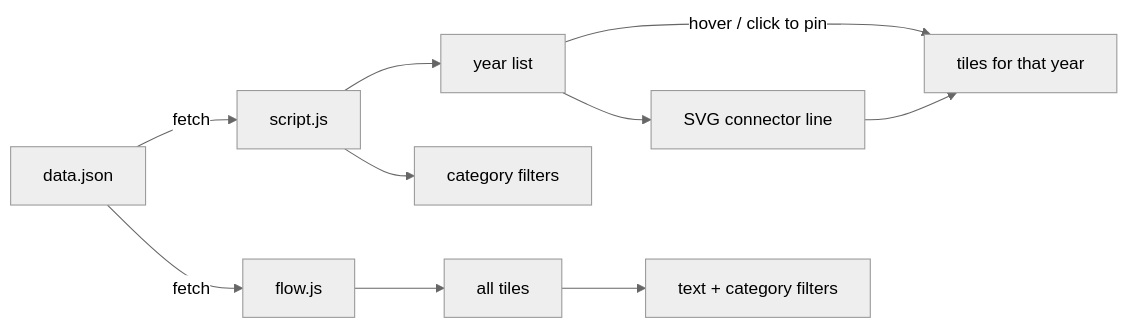
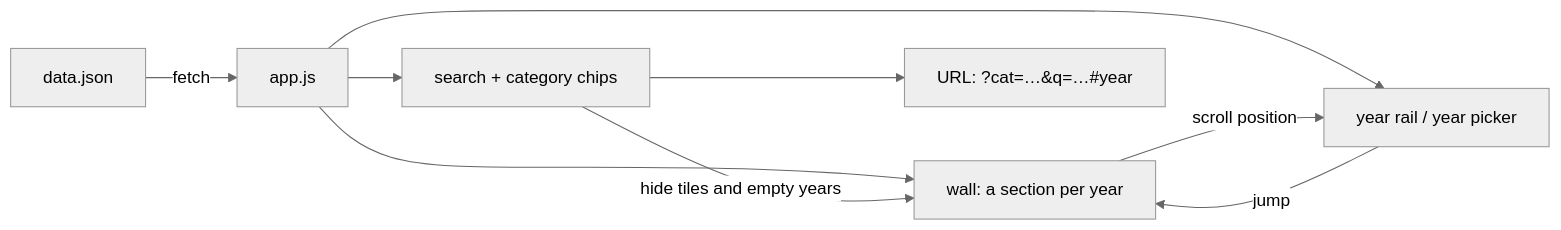
Before and after one commit to csciuto/timeline-demo: the diagram in ARCHITECTURE.md, drawn with Mermaid (neutral theme). The commit also changed other lines of this file and 13 other files, not shown here.

First line of the commit message:
One page: the wall of tiles by year, with a year rail; the timeline view is retired

````diff
--- a/ARCHITECTURE.md
+++ b/ARCHITECTURE.md
@@ -35,9 +34,9 @@
 ```mermaid
 flowchart LR
-  D[data.json] -->|fetch| T[script.js]
-  D -->|fetch| F[flow.js]
-  T --> Y[year list] -->|hover / click to pin| TI[tiles for that year]
-  Y --> C[SVG connector line] --> TI
-  T --> CF[category filters]
-  F --> W[all tiles] --> FF[text + category filters]
+  D[data.json] -->|fetch| A[app.js]
+  A --> W[wall: a section per year]
+  A --> R[year rail / year picker] -->|jump| W
+  A --> F[search + category chips] -->|hide tiles and empty years| W
+  W -->|scroll position| R
+  F --> U[URL: ?cat=…&q=…#year]
 ```
````
